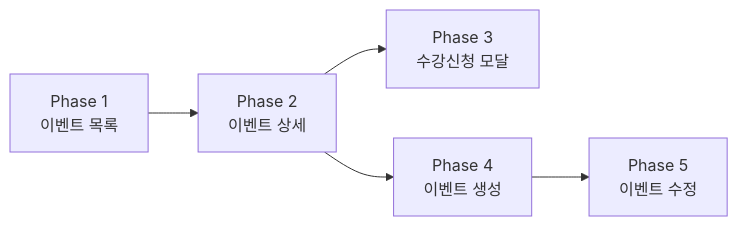
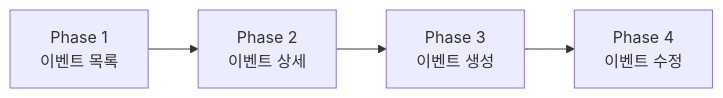
One commit to newlecture-ibm2/team3-jangane-venueon changed the diagram in docs/WORK_PLAN_2026-04-06.md. Above: the diagram before and after it, drawn with Mermaid. The commit also changed other lines of this file and 15 other files, not shown here.

````diff
--- a/docs/WORK_PLAN_2026-04-06.md
+++ b/docs/WORK_PLAN_2026-04-06.md
@@ -21,7 +21,6 @@
 ```mermaid
 graph LR
     P1[Phase 1<br/>이벤트 목록] --> P2[Phase 2<br/>이벤트 상세]
-    P2 --> P3[Phase 3<br/>수강신청 모달]
-    P2 --> P4[Phase 4<br/>이벤트 생성]
-    P4 --> P5[Phase 5<br/>이벤트 수정]
+    P2 --> P3[Phase 3<br/>이벤트 생성]
+    P3 --> P4[Phase 4<br/>이벤트 수정]
 ```
````
